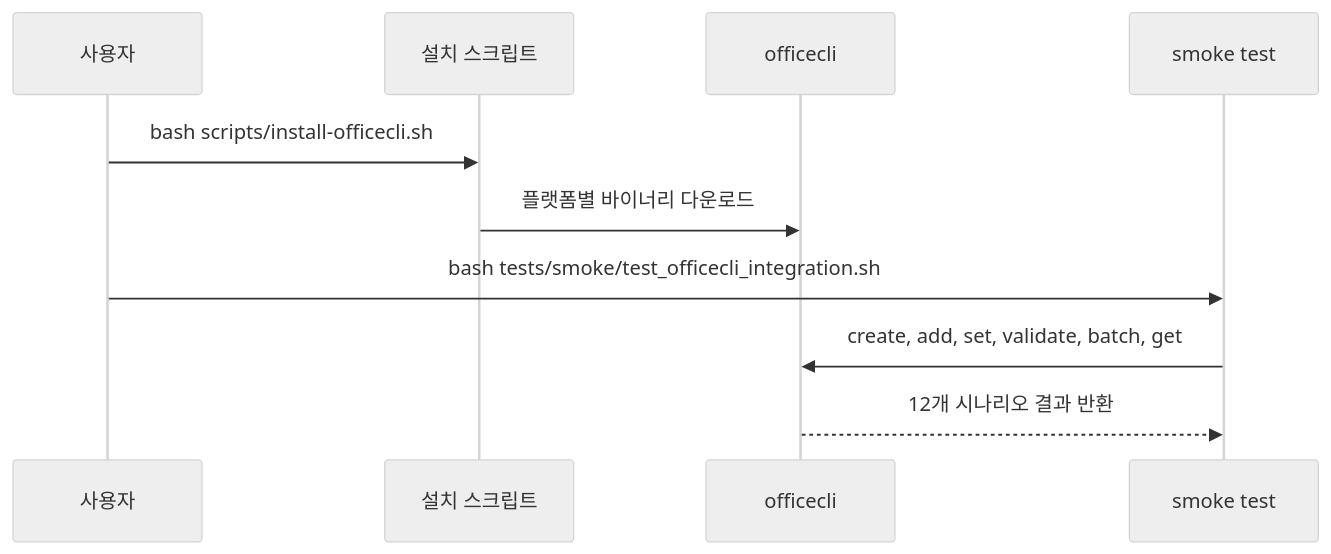
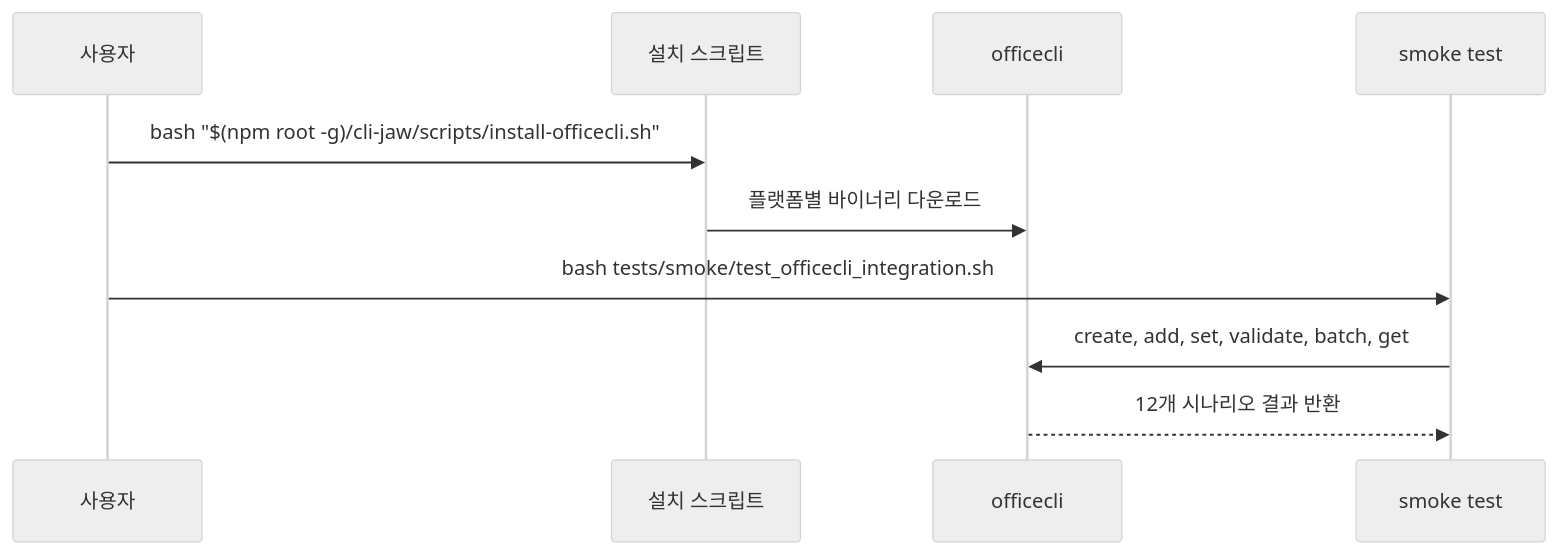
One commit to HSKIMRobert/cli-jaw changed the second of 2 diagrams in docs/officecli-integration.md. Above: the diagram before and after it, drawn with Mermaid (neutral theme). The commit also changed other lines of this file and 1 other file, not shown here.

First line of the commit message:
docs: update officecli references to on-demand model

````diff
--- a/docs/officecli-integration.md
+++ b/docs/officecli-integration.md
@@ -40,13 +44,13 @@
 ```mermaid
 sequenceDiagram
     participant User as 사용자
     participant Script as 설치 스크립트
     participant Binary as officecli
     participant Test as smoke test
 
-    User->>Script: bash scripts/install-officecli.sh
+    User->>Script: bash "$(npm root -g)/cli-jaw/scripts/install-officecli.sh"
     Script->>Binary: 플랫폼별 바이너리 다운로드
     User->>Test: bash tests/smoke/test_officecli_integration.sh
     Test->>Binary: create, add, set, validate, batch, get
     Binary-->>Test: 12개 시나리오 결과 반환
 ```
````
